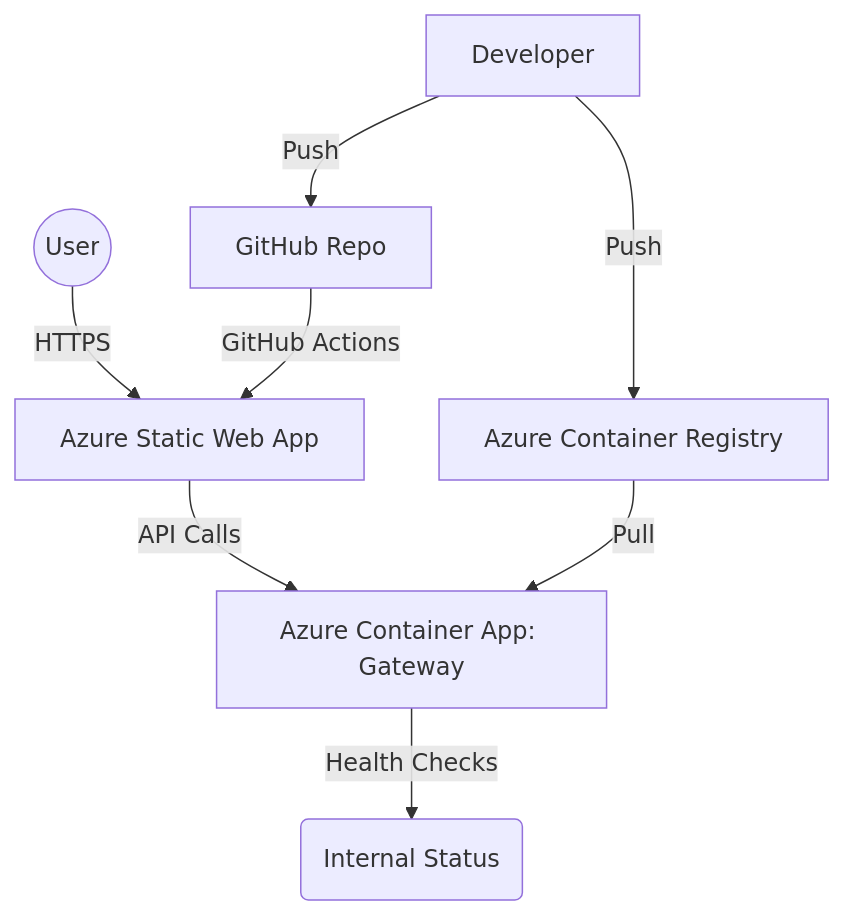
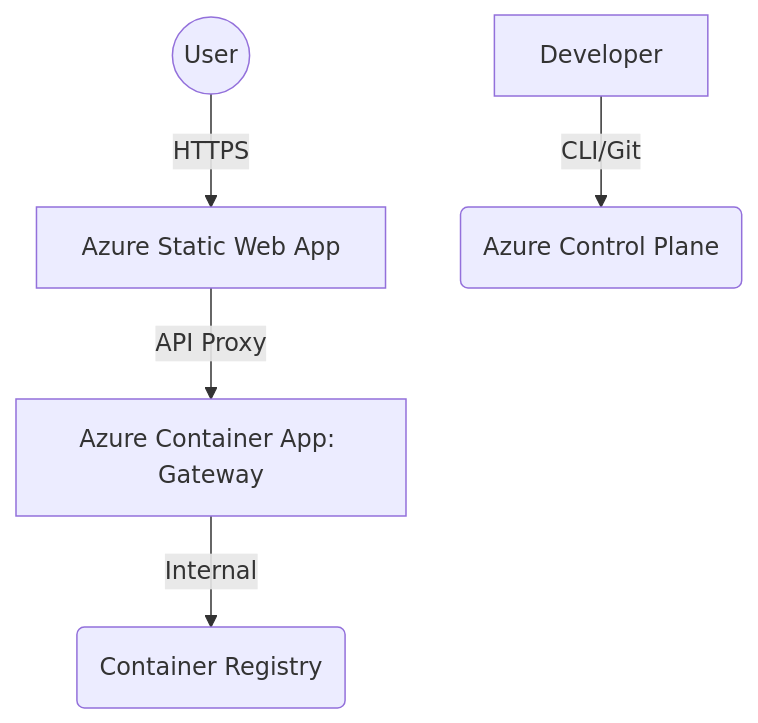
Before and after one commit to IsaraSE/CTSE-Lab07: the diagram in README.md, drawn with Mermaid. The commit also changed other lines of this file and 1 other file, not shown here.

````diff
--- a/README.md
+++ b/README.md
@@ -25,10 +16,7 @@
 ```mermaid
 graph TD
-    User((User)) -->|HTTPS| SWA[Azure Static Web App]
-    SWA -->|API Calls| Gateway[Azure Container App: Gateway]
-    Gateway -->|Health Checks| Heartbeat(Internal Status)
-    Developer -->|Push| GitHub[GitHub Repo]
-    GitHub -->|GitHub Actions| SWA
-    Developer -->|Push| Image[Azure Container Registry]
-    Image -->|Pull| Gateway
+    User((User)) -->|HTTPS| Frontend[Azure Static Web App]
+    Frontend -->|API Proxy| Gateway[Azure Container App: Gateway]
+    Gateway -->|Internal| Storage(Container Registry)
+    Developer -->|CLI/Git| Cloud(Azure Control Plane)
 ```
````
